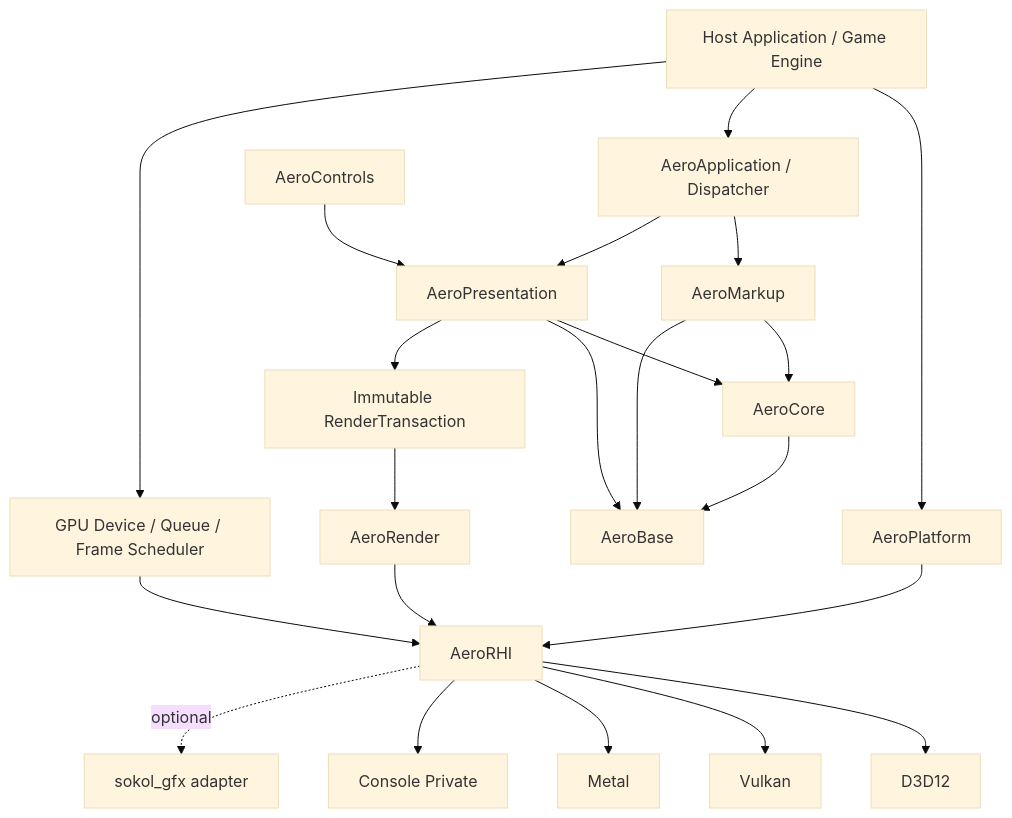
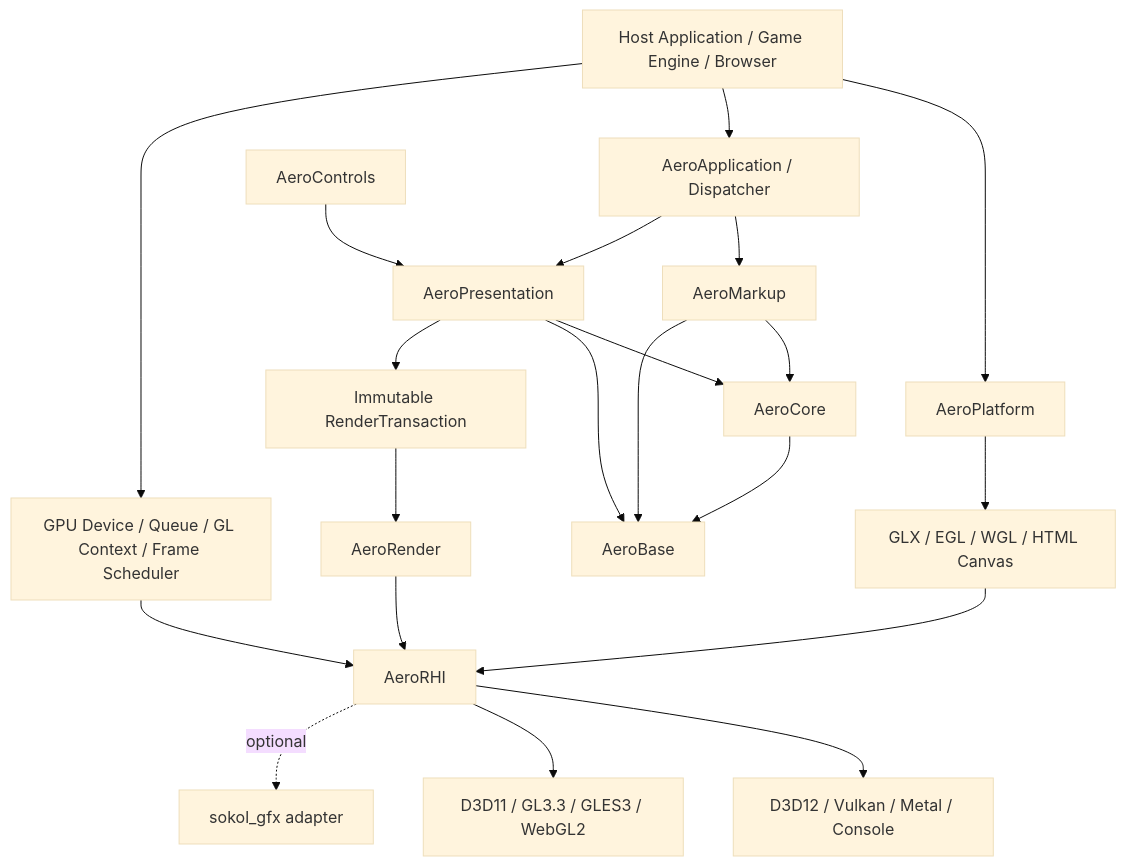
Before and after one commit to smithw2055-rgb/AeroGUI: the diagram in docs/WPF_CPP_PORT_SPEC.md, drawn with Mermaid (base theme). The commit also changed other lines of this file, not shown here.

Commit message:
Expand backend matrix to D3D11 GL and WebGL2

````diff
--- a/docs/WPF_CPP_PORT_SPEC.md
+++ b/docs/WPF_CPP_PORT_SPEC.md
@@ -115,28 +130,27 @@
 ```mermaid
 flowchart TB
-    Host[Host Application / Game Engine] --> Platform[AeroPlatform]
+    Host[Host Application / Game Engine / Browser] --> Platform[AeroPlatform]
     Host --> UI[AeroApplication / Dispatcher]
-    Host --> Device[GPU Device / Queue / Frame Scheduler]
+    Host --> Device[GPU Device / Queue / GL Context / Frame Scheduler]
 
     UI --> Markup[AeroMarkup]
     Markup --> Core[AeroCore]
     UI --> Presentation[AeroPresentation]
     Presentation --> Core
     Controls[AeroControls] --> Presentation
 
     Core --> Base[AeroBase]
     Markup --> Base
     Presentation --> Base
 
     Presentation --> Tx[Immutable RenderTransaction]
     Tx --> Render[AeroRender]
     Render --> RHI[AeroRHI]
-    Platform --> RHI
+    Platform --> Surface[GLX / EGL / WGL / HTML Canvas]
+    Surface --> RHI
     Device --> RHI
 
-    RHI --> D3D12[D3D12]
-    RHI --> Vulkan[Vulkan]
-    RHI --> Metal[Metal]
-    RHI --> Console[Console Private]
+    RHI --> Strategic[D3D12 / Vulkan / Metal / Console]
+    RHI --> Compat[D3D11 / GL3.3 / GLES3 / WebGL2]
     RHI -. optional .-> Sokol[sokol_gfx adapter]
 ```
````
